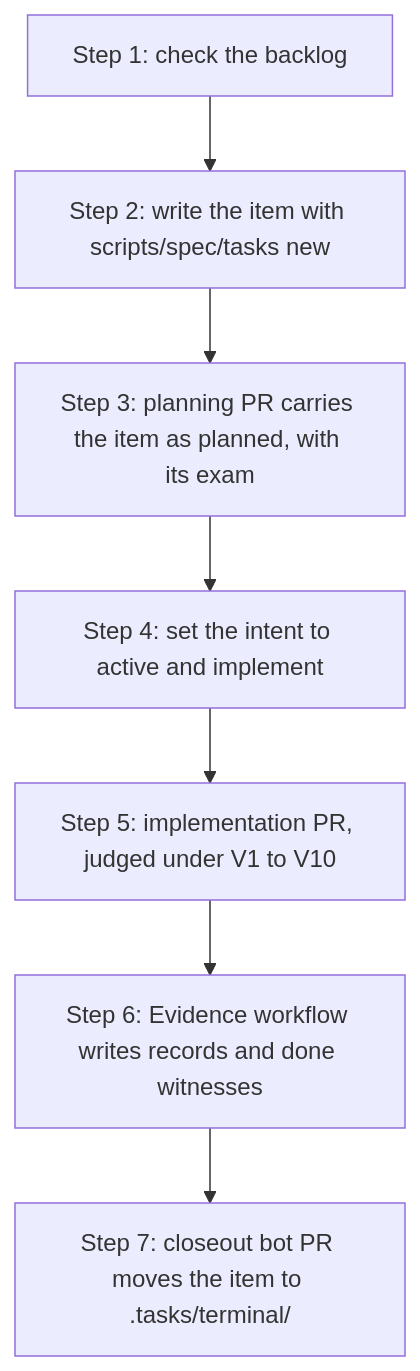
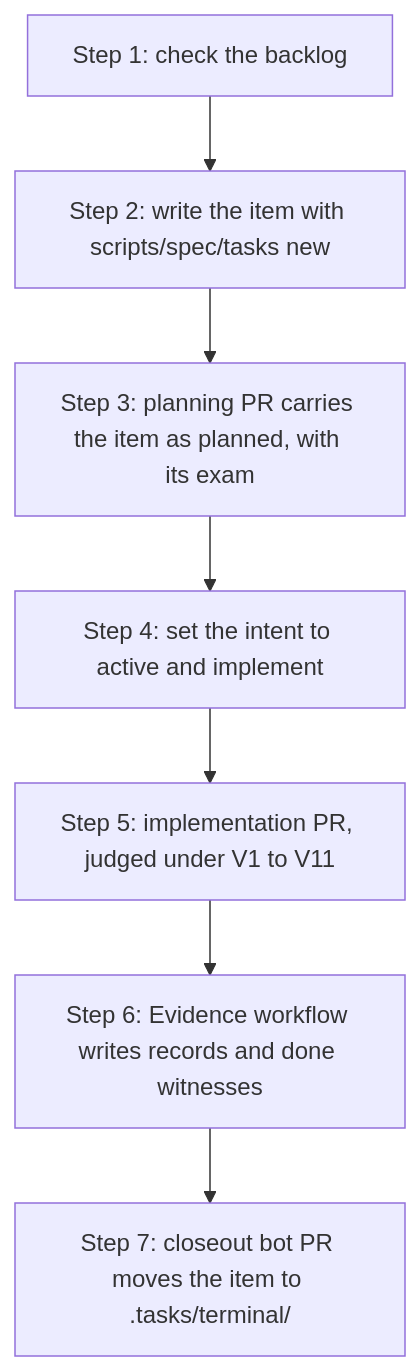
The diagram in docs/getting-started/00-how-work-flows.md (iceice666/slime_os), drawn with Mermaid before and after one commit. The commit also changed other lines of this file and 11 other files, not shown here.

````diff
--- a/docs/getting-started/00-how-work-flows.md
+++ b/docs/getting-started/00-how-work-flows.md
@@ -28,9 +28,9 @@
 ```mermaid
 flowchart TD
     A["Step 1: check the backlog"] --> B["Step 2: write the item with scripts/spec/tasks new"]
     B --> C["Step 3: planning PR carries the item as planned, with its exam"]
     C --> D["Step 4: set the intent to active and implement"]
-    D --> E["Step 5: implementation PR, judged under V1 to V10"]
+    D --> E["Step 5: implementation PR, judged under V1 to V11"]
     E --> F["Step 6: Evidence workflow writes records and done witnesses"]
     F --> G["Step 7: closeout bot PR moves the item to .tasks/terminal/"]
 ```
````
